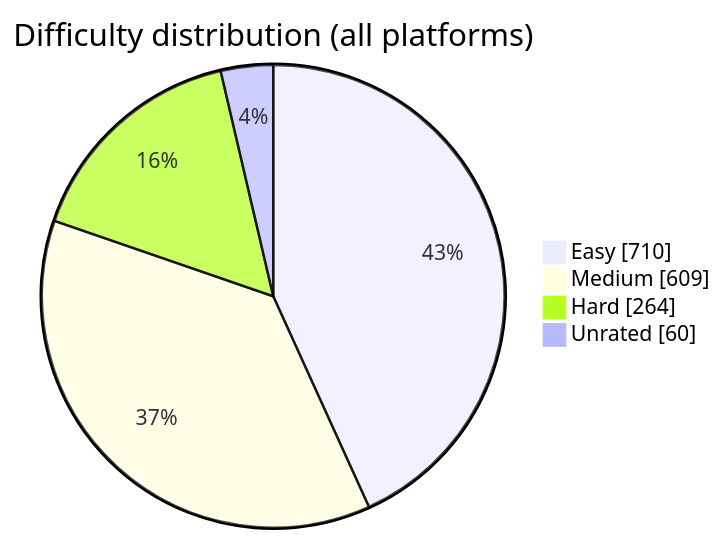
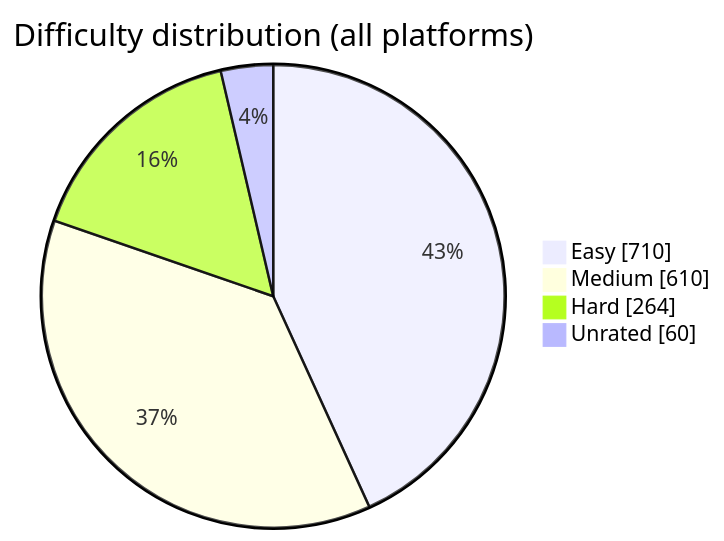
One commit to BuildbyArindam/Daily-Coding-Log changed the diagram in README.md. Above: the diagram before and after it, drawn with Mermaid. The commit also changed other lines of this file, not shown here.

````diff
--- a/README.md
+++ b/README.md
@@ -93,7 +93,7 @@
 ```mermaid
 pie showData title Difficulty distribution (all platforms)
     "Easy" : 710
-    "Medium" : 609
+    "Medium" : 610
     "Hard" : 264
     "Unrated" : 60
 ```
````
